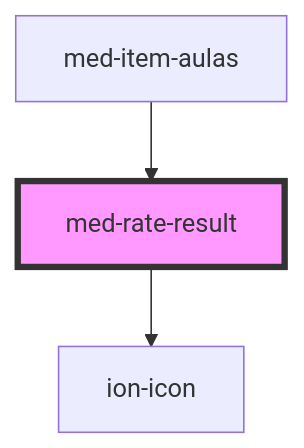
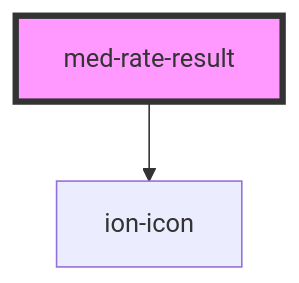
One commit to MEDGRUPOGIT/ionic-framework-1 changed the diagram in core/src/components/@medgrupo/global/med-rate-result/readme.md. Above: the diagram before and after it, drawn with Mermaid. The commit also changed other lines of this file and 20 other files, not shown here.

````diff
--- a/core/src/components/@medgrupo/global/med-rate-result/readme.md
+++ b/core/src/components/@medgrupo/global/med-rate-result/readme.md
@@ -39,6 +35,5 @@
 ```mermaid
 graph TD;
   med-rate-result --> ion-icon
-  med-item-aulas --> med-rate-result
   style med-rate-result fill:#f9f,stroke:#333,stroke-width:4px
 ```
````
